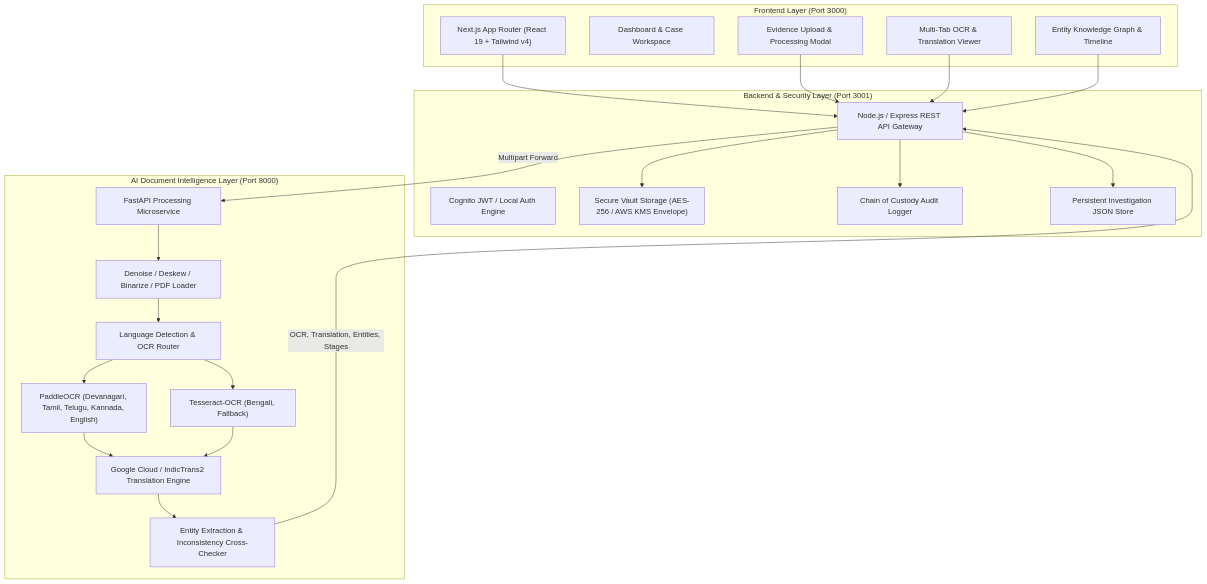
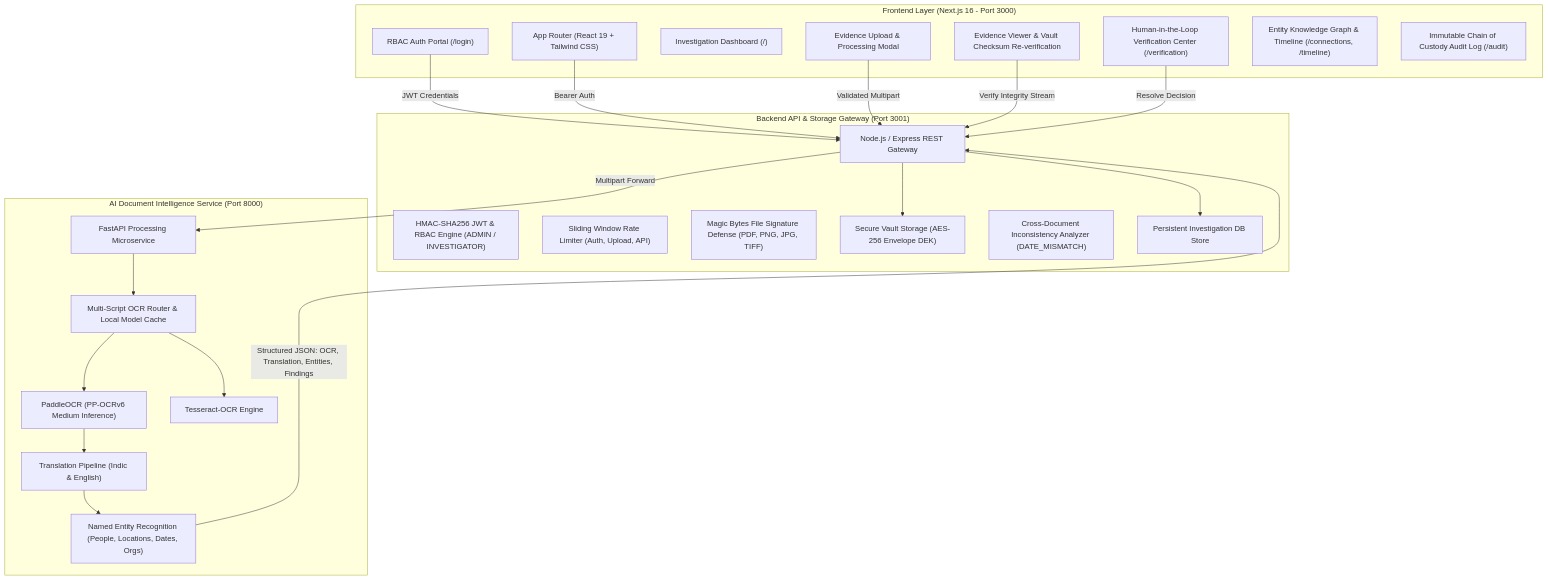
The diagram in README.md (Mastermind1517/caseintel), drawn with Mermaid before and after one commit. The commit also changed other lines of this file and 24 other files, not shown here.

Commit message:
feat(core): harden CaseIntel for hackathon demo with RBAC, OCR pipeline, envelope encryption, and tests

````diff
--- a/README.md
+++ b/README.md
@@ -9,47 +11,49 @@
 ```mermaid
 flowchart TD
-    subgraph Client["Frontend Layer (Port 3000)"]
-        UI["Next.js App Router (React 19 + Tailwind v4)"]
-        Dash["Dashboard & Case Workspace"]
+    subgraph Client["Frontend Layer (Next.js 16 - Port 3000)"]
+        UI["App Router (React 19 + Tailwind CSS)"]
+        Login["RBAC Auth Portal (/login)"]
+        Dash["Investigation Dashboard (/)"]
         UploadModal["Evidence Upload & Processing Modal"]
-        Viewer["Multi-Tab OCR & Translation Viewer"]
-        GraphUI["Entity Knowledge Graph & Timeline"]
+        Viewer["Evidence Viewer & Vault Checksum Re-verification"]
+        VerifyUI["Human-in-the-Loop Verification Center (/verification)"]
+        GraphUI["Entity Knowledge Graph & Timeline (/connections, /timeline)"]
+        AuditUI["Immutable Chain of Custody Audit Log (/audit)"]
     end
 
-    subgraph BackendLayer["Backend & Security Layer (Port 3001)"]
-        API["Node.js / Express REST API Gateway"]
-        Auth["Cognito JWT / Local Auth Engine"]
-        Vault["Secure Vault Storage (AES-256 / AWS KMS Envelope)"]
-        Custody["Chain of Custody Audit Logger"]
-        Store["Persistent Investigation JSON Store"]
+    subgraph BackendLayer["Backend API & Storage Gateway (Port 3001)"]
+        API["Node.js / Express REST Gateway"]
+        Auth["HMAC-SHA256 JWT & RBAC Engine (ADMIN / INVESTIGATOR)"]
+        RateLimit["Sliding Window Rate Limiter (Auth, Upload, API)"]
+        MagicBytes["Magic Bytes File Signature Defense (PDF, PNG, JPG, TIFF)"]
+        Vault["Secure Vault Storage (AES-256 Envelope DEK)"]
+        Analyzer["Cross-Document Inconsistency Analyzer (DATE_MISMATCH)"]
+        Store["Persistent Investigation DB Store"]
     end
 
-    subgraph AILayer["AI Document Intelligence Layer (Port 8000)"]
+    subgraph AILayer["AI Document Intelligence Service (Port 8000)"]
         FastAPI["FastAPI Processing Microservice"]
-        Preproc["Denoise / Deskew / Binarize / PDF Loader"]
-        Router["Language Detection & OCR Router"]
-        Paddle["PaddleOCR (Devanagari, Tamil, Telugu, Kannada, English)"]
-        Tess["Tesseract-OCR (Bengali, Fallback)"]
-        Translator["Google Cloud / IndicTrans2 Translation Engine"]
-        Entities["Entity Extraction & Inconsistency Cross-Checker"]
+        Router["Multi-Script OCR Router & Local Model Cache"]
+        Paddle["PaddleOCR (PP-OCRv6 Medium Inference)"]
+        Tess["Tesseract-OCR Engine"]
+        Translator["Translation Pipeline (Indic & English)"]
+        Entities["Named Entity Recognition (People, Locations, Dates, Orgs)"]
     end
 
-    UI --> API
-    UploadModal --> API
-    Viewer --> API
-    GraphUI --> API
+    Login -->|JWT Credentials| API
+    UI -->|Bearer Auth| API
+    UploadModal -->|Validated Multipart| API
+    Viewer -->|Verify Integrity Stream| API
+    VerifyUI -->|Resolve Decision| API
 
     API --> Vault
     API --> Store
-    API --> Custody
     API -->|Multipart Forward| FastAPI
 
-    FastAPI --> Preproc
-    Preproc --> Router
+    FastAPI --> Router
     Router --> Paddle
     Router --> Tess
     Paddle --> Translator
-    Tess --> Translator
     Translator --> Entities
-    Entities -->|OCR, Translation, Entities, Stages| API
+    Entities -->|Structured JSON: OCR, Translation, Entities, Findings| API
 ```
````
